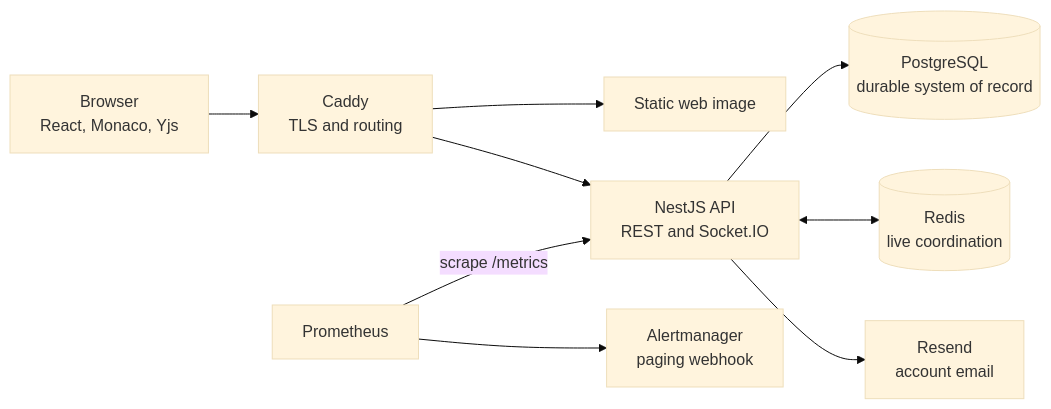
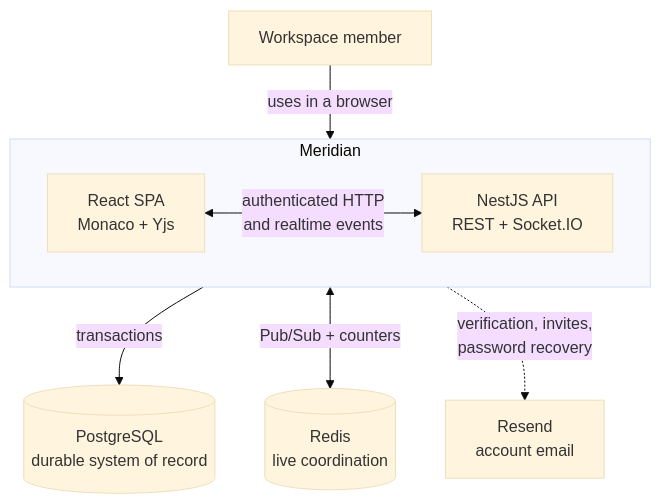
One commit to santinomarial/Meridian changed the diagram in README.md. Above: the diagram before and after it, drawn with Mermaid (base theme). The commit also changed 10 other files, not shown here.

Commit message:
Redesign architecture diagrams

````diff
--- a/README.md
+++ b/README.md
@@ -26,21 +26,20 @@
 ```mermaid
-flowchart LR
-    Browser["Browser<br/>React, Monaco, Yjs"]
-    Edge["Caddy<br/>TLS and routing"]
-    Web["Static web image"]
-    API["NestJS API<br/>REST and Socket.IO"]
+flowchart TB
+    User["Workspace member"]
+
+    subgraph Meridian["Meridian"]
+        direction LR
+        Client["React SPA<br/>Monaco + Yjs"]
+        API["NestJS API<br/>REST + Socket.IO"]
+        Client <-->|"authenticated HTTP<br/>and realtime events"| API
+    end
+
     PG[("PostgreSQL<br/>durable system of record")]
     Redis[("Redis<br/>live coordination")]
     Mail["Resend<br/>account email"]
-    Prom["Prometheus"]
-    Alerts["Alertmanager<br/>paging webhook"]
 
-    Browser --> Edge
-    Edge --> Web
-    Edge --> API
-    API --> PG
-    API <--> Redis
-    API --> Mail
-    Prom -->|"scrape /metrics"| API
-    Prom --> Alerts
+    User -->|"uses in a browser"| Client
+    API -->|"transactions"| PG
+    API <-->|"Pub/Sub + counters"| Redis
+    API -.->|"verification, invites,<br/>password recovery"| Mail
 ```
````
